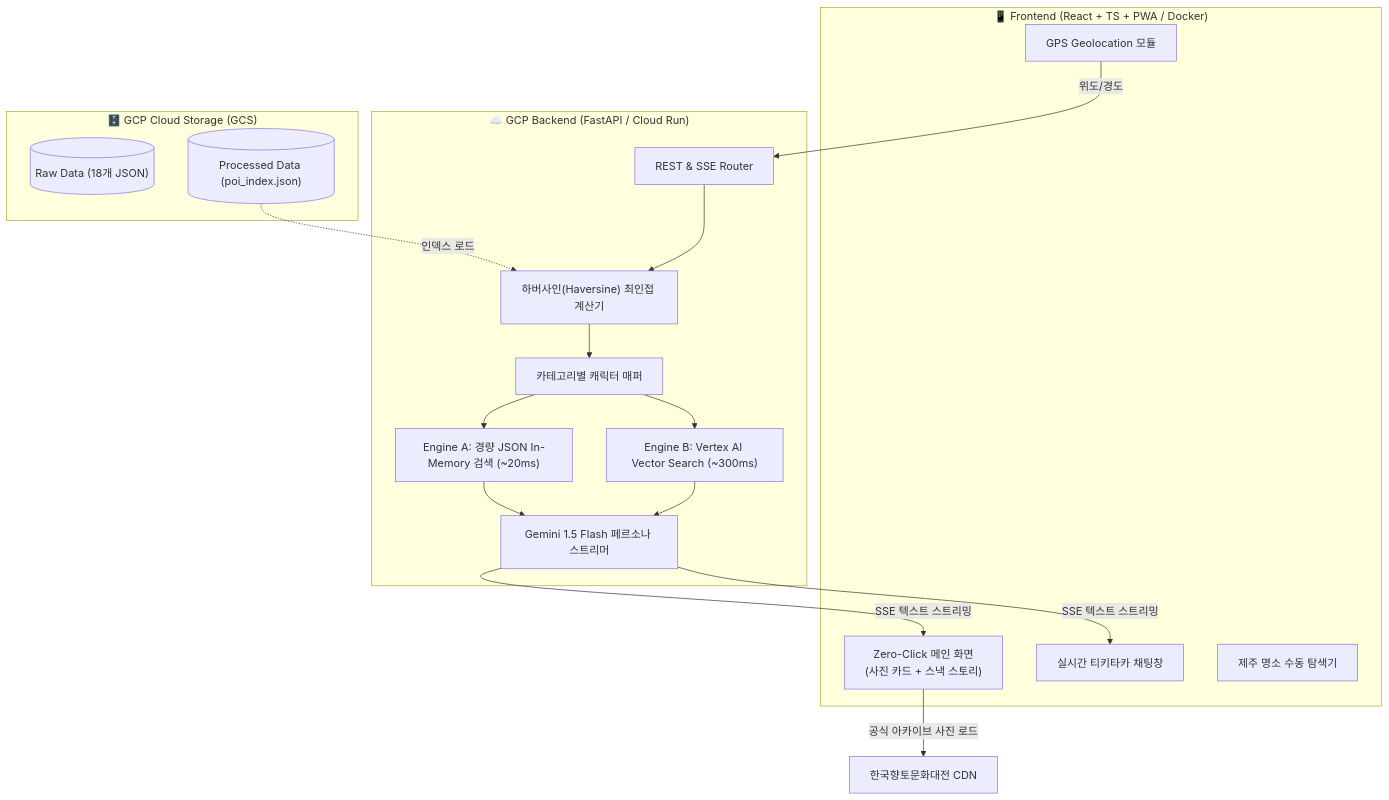
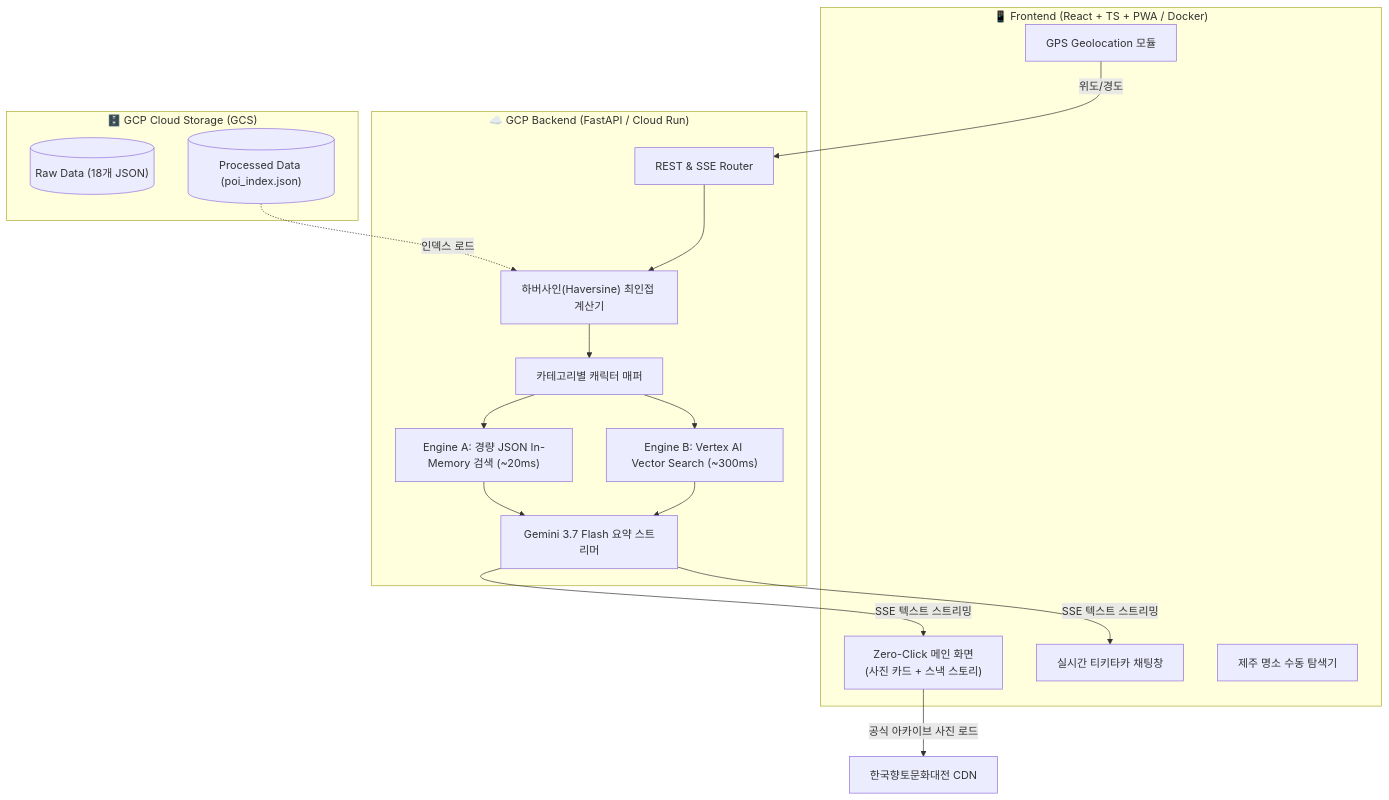
Before and after one commit to Gukui0516/Docent-in-hand: the diagram in 헤커톤_기능명세서.md, drawn with Mermaid. The commit also changed other lines of this file and 4 other files, not shown here.

First line of the commit message:
docs: 문서를 현재 코드 구조에 맞춰 정정 (단일 요약 에이전트 · gemini-3.7-flash)

````diff
--- a/헤커톤_기능명세서.md
+++ b/헤커톤_기능명세서.md
@@ -39,32 +39,32 @@
 ```mermaid
 flowchart TB
     subgraph Client["📱 Frontend (React + TS + PWA / Docker)"]
         GPSModule["GPS Geolocation 모듈"]
         ZeroClickView["Zero-Click 메인 화면<br/>(사진 카드 + 스낵 스토리)"]
         ChatInterface["실시간 티키타카 채팅창"]
         FallbackList["제주 명소 수동 탐색기"]
     end
 
     subgraph Backend["☁️ GCP Backend (FastAPI / Cloud Run)"]
         APIGateway["REST & SSE Router"]
         GeoMatcher["하버사인(Haversine) 최인접 계산기"]
         CharMapper["카테고리별 캐릭터 매퍼"]
         EngineA["Engine A: 경량 JSON In-Memory 검색 (~20ms)"]
         EngineB["Engine B: Vertex AI Vector Search (~300ms)"]
-        GeminiService["Gemini 1.5 Flash 페르소나 스트리머"]
+        GeminiService["Gemini 3.7 Flash 요약 스트리머"]
     end
 
     subgraph CloudStorage["🗄️ GCP Cloud Storage (GCS)"]
         RawBucket[("Raw Data (18개 JSON)")]
         ProcessedBucket[("Processed Data (poi_index.json)")]
     end
 
     GPSModule -->|위도/경도| APIGateway
     APIGateway --> GeoMatcher
     ProcessedBucket -.->|인덱스 로드| GeoMatcher
     GeoMatcher --> CharMapper
     CharMapper --> EngineA & EngineB
     EngineA & EngineB --> GeminiService
     GeminiService -->|SSE 텍스트 스트리밍| ZeroClickView & ChatInterface
     ZeroClickView -->|공식 아카이브 사진 로드| GrandCultureCDN["한국향토문화대전 CDN"]
 ```
````
